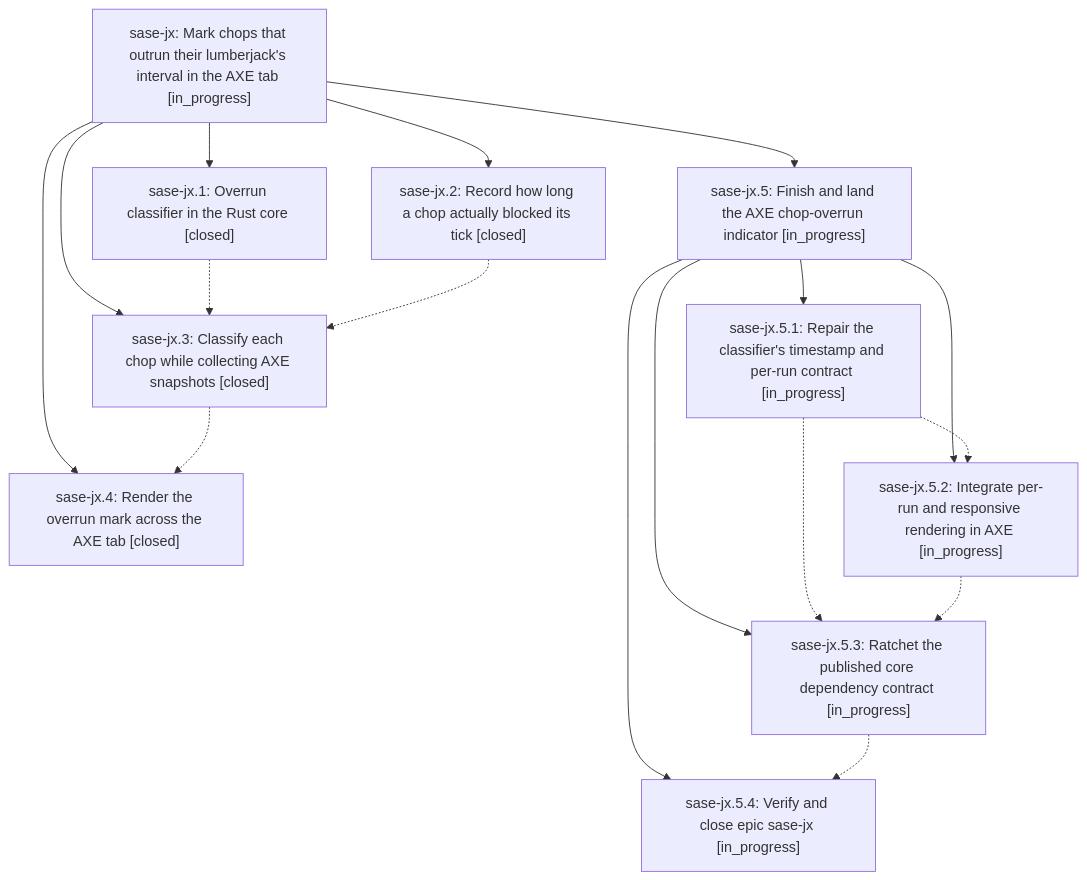
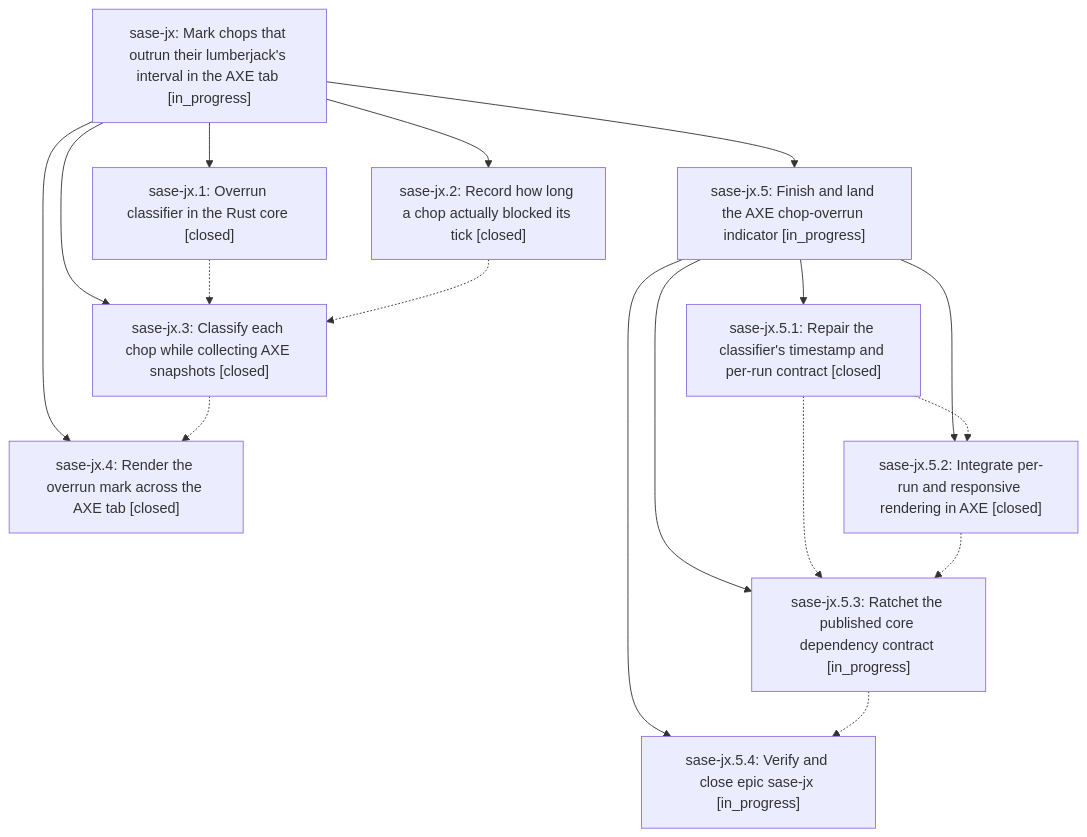
Before and after one commit to sase-org/sase--beads: the diagram in pages/sase-jx/README.md, drawn with Mermaid. The commit also changed other lines of this file and 4 other files, not shown here.

````diff
--- a/pages/sase-jx/README.md
+++ b/pages/sase-jx/README.md
@@ -25,29 +25,29 @@
 ```mermaid
 flowchart TD
     n0["sase-jx: Mark chops that outrun their lumberjack's interval in the AXE tab [in_progress]"]
     n1["sase-jx.1: Overrun classifier in the Rust core [closed]"]
     n2["sase-jx.2: Record how long a chop actually blocked its tick [closed]"]
     n3["sase-jx.3: Classify each chop while collecting AXE snapshots [closed]"]
     n4["sase-jx.4: Render the overrun mark across the AXE tab [closed]"]
     n5["sase-jx.5: Finish and land the AXE chop-overrun indicator [in_progress]"]
-    n6["sase-jx.5.1: Repair the classifier's timestamp and per-run contract [in_progress]"]
-    n7["sase-jx.5.2: Integrate per-run and responsive rendering in AXE [in_progress]"]
+    n6["sase-jx.5.1: Repair the classifier's timestamp and per-run contract [closed]"]
+    n7["sase-jx.5.2: Integrate per-run and responsive rendering in AXE [closed]"]
     n8["sase-jx.5.3: Ratchet the published core dependency contract [in_progress]"]
     n9["sase-jx.5.4: Verify and close epic sase-jx [in_progress]"]
     n0 --> n1
     n0 --> n2
     n0 --> n3
     n0 --> n4
     n0 --> n5
     n5 --> n6
     n5 --> n7
     n5 --> n8
     n5 --> n9
     n1 -.-> n3
     n2 -.-> n3
     n3 -.-> n4
     n6 -.-> n7
     n6 -.-> n8
     n7 -.-> n8
     n8 -.-> n9
 ```
````
